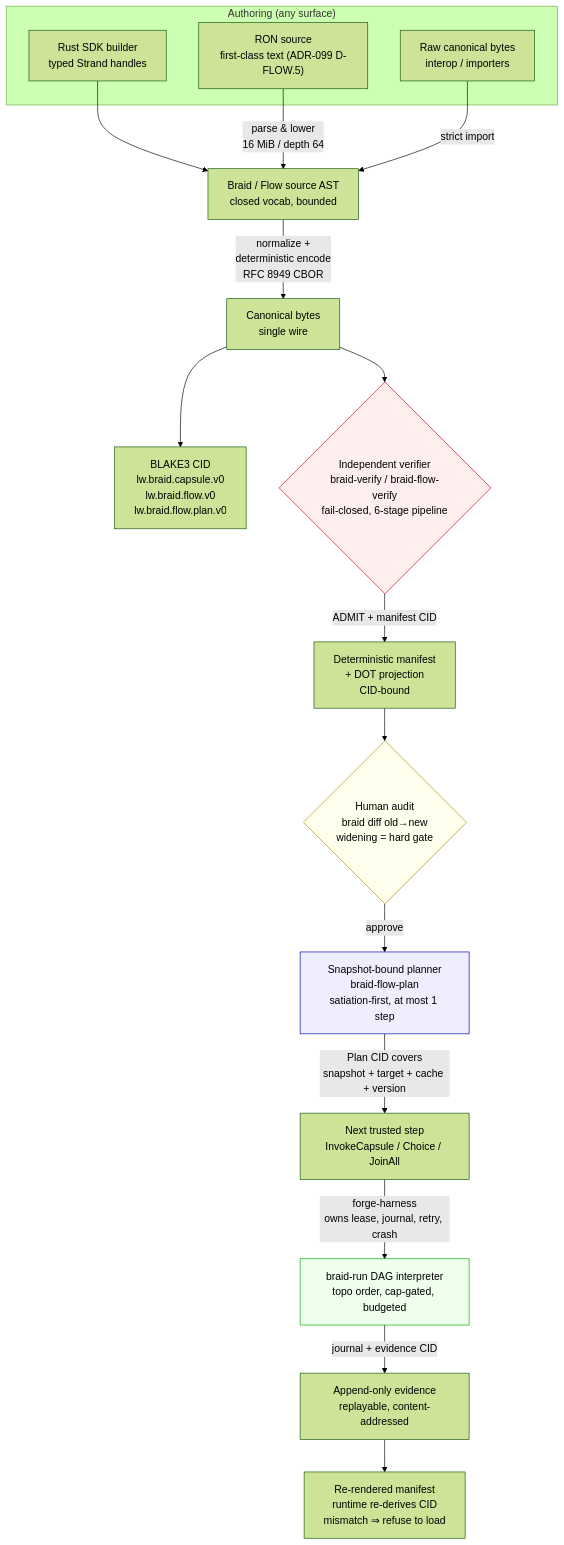
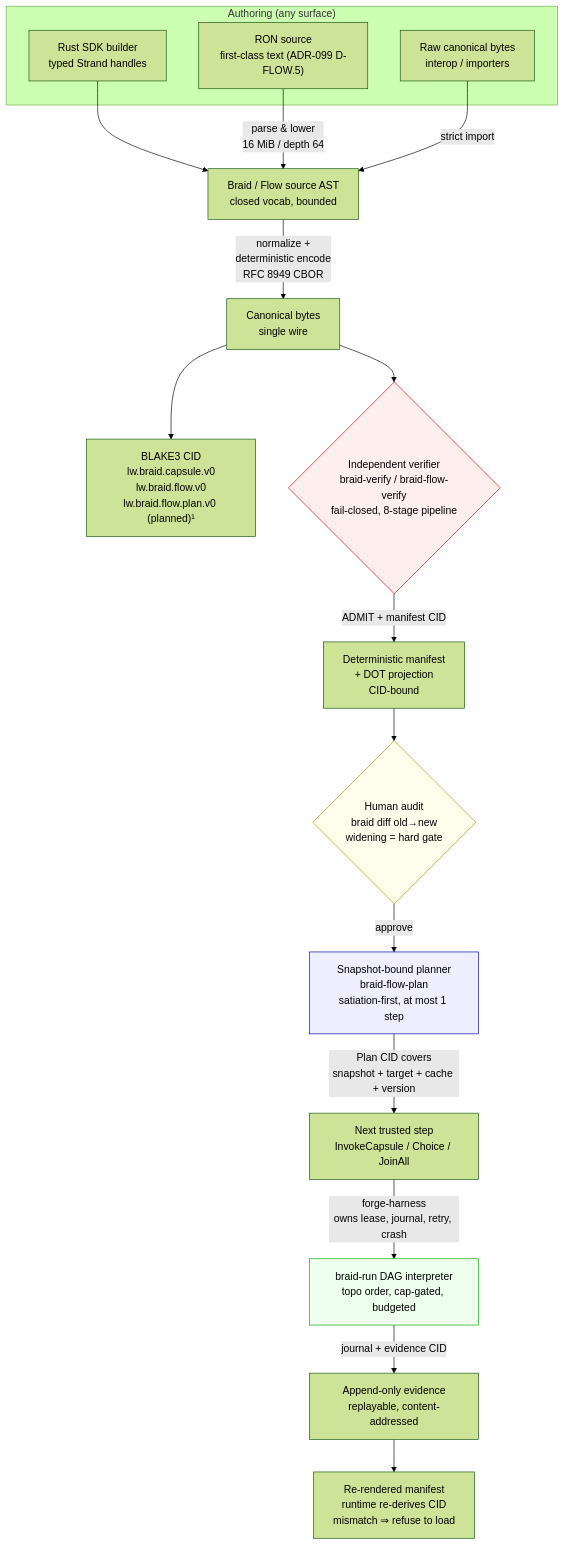
The first of 6 diagrams in docs/STRATEGIC-VISION.md (srinji-kaggss/Braid), drawn with Mermaid (forest theme) before and after one commit. The commit also changed other lines of this file, not shown here.

Commit message:
docs: fix strategic vision drift — 8-stage pipeline, honest v0.3 roadmap, CID footnotes

````diff
--- a/docs/STRATEGIC-VISION.md
+++ b/docs/STRATEGIC-VISION.md
@@ -37,39 +37,39 @@
 ```mermaid
 flowchart TB
     subgraph Authoring["Authoring (any surface)"]
         A1["Rust SDK builder<br/>typed Strand handles"]
         A2["RON source<br/>first-class text (ADR-099 D-FLOW.5)"]
         A3["Raw canonical bytes<br/>interop / importers"]
     end
 
     A1 --> AST
     A2 -->|"parse & lower<br/>16 MiB / depth 64"| AST
     A3 -->|"strict import"| AST
 
     AST["Braid / Flow source AST<br/>closed vocab, bounded"]
 
     AST -->|"normalize +<br/>deterministic encode<br/>RFC 8949 CBOR"| Bytes["Canonical bytes<br/>single wire"]
 
-    Bytes --> CID["BLAKE3 CID<br/>lw.braid.capsule.v0<br/>lw.braid.flow.v0<br/>lw.braid.flow.plan.v0"]
+    Bytes --> CID["BLAKE3 CID<br/>lw.braid.capsule.v0<br/>lw.braid.flow.v0<br/>lw.braid.flow.plan.v0 (planned)¹"]
 
-    Bytes --> Verify{"Independent verifier<br/>braid-verify / braid-flow-verify<br/>fail-closed, 6-stage pipeline"}
+    Bytes --> Verify{"Independent verifier<br/>braid-verify / braid-flow-verify<br/>fail-closed, 8-stage pipeline"}
 
     Verify -->|"ADMIT + manifest CID"| Manifest["Deterministic manifest<br/>+ DOT projection<br/>CID-bound"]
 
     Manifest --> Human{"Human audit<br/>braid diff old→new<br/>widening = hard gate"}
 
     Human -->|"approve"| Plan["Snapshot-bound planner<br/>braid-flow-plan<br/>satiation-first, at most 1 step"]
 
     Plan -->|"Plan CID covers<br/>snapshot + target + cache + version"| Next["Next trusted step<br/>InvokeCapsule / Choice / JoinAll"]
 
     Next -->|"forge-harness<br/>owns lease, journal, retry, crash"| Exec["braid-run DAG interpreter<br/>topo order, cap-gated, budgeted"]
 
     Exec -->|"journal + evidence CID"| Evidence["Append-only evidence<br/>replayable, content-addressed"]
 
     Evidence --> Render["Re-rendered manifest<br/>runtime re-derives CID<br/>mismatch ⇒ refuse to load"]
 
     style Verify fill:#fee,stroke:#c00
     style Human fill:#ffe,stroke:#a80
     style Plan fill:#eef,stroke:#00a
     style Exec fill:#efe,stroke:#0a0
 ```
````
